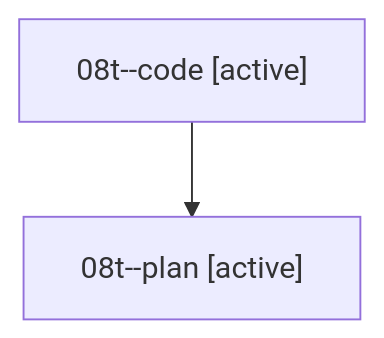
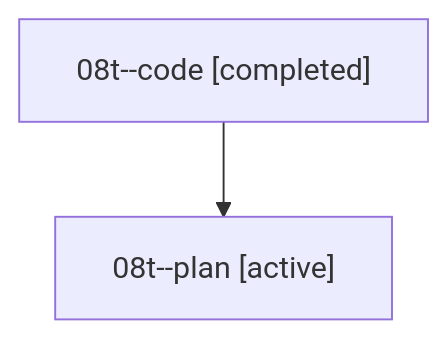
The diagram in families/bbugyi200.athena.08t.md (sase-org/sase--agents), drawn with Mermaid before and after one commit. The commit also changed other lines of this file and 35830 other files, not shown here.

````diff
--- a/families/bbugyi200.athena.08t.md
+++ b/families/bbugyi200.athena.08t.md
@@ -9,6 +9,6 @@
 ```mermaid
 flowchart TD
-  n0["08t--code [active]"]
+  n0["08t--code [completed]"]
   n1["08t--plan [active]"]
   n0 --> n1
 ```
````
